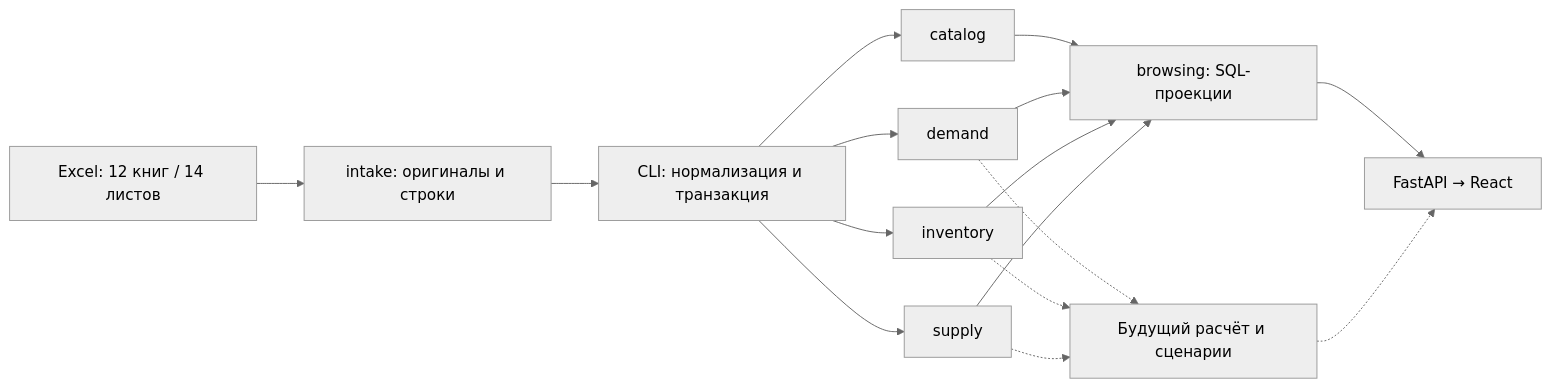
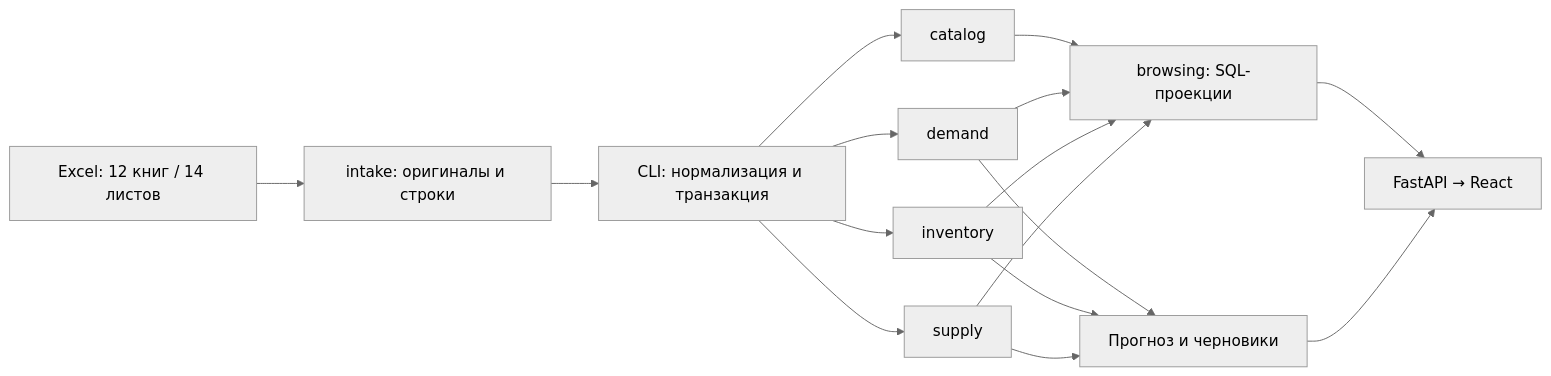
One commit to BAITC-Hacks/hack-f5ec9a3e-codex-make-no-mistakes changed the diagram in backend/ARCHITECTURE.md. Above: the diagram before and after it, drawn with Mermaid (neutral theme). The commit also changed other lines of this file and 65 other files, not shown here.

````diff
--- a/backend/ARCHITECTURE.md
+++ b/backend/ARCHITECTURE.md
@@ -20,18 +22,18 @@
 ```mermaid
 flowchart LR
     Excel[Excel: 12 книг / 14 листов] --> Intake[intake: оригиналы и строки]
     Intake --> CLI[CLI: нормализация и транзакция]
     CLI --> Catalog[catalog]
     CLI --> Demand[demand]
     CLI --> Inventory[inventory]
     CLI --> Supply[supply]
-    Demand -.-> Calculation[Будущий расчёт и сценарии]
-    Inventory -.-> Calculation
-    Supply -.-> Calculation
+    Demand --> Calculation[Прогноз и черновики]
+    Inventory --> Calculation
+    Supply --> Calculation
     Catalog --> Browsing[browsing: SQL-проекции]
     Demand --> Browsing
     Inventory --> Browsing
     Supply --> Browsing
     Browsing --> API[FastAPI → React]
-    Calculation -.-> API
+    Calculation --> API
 ```
````
